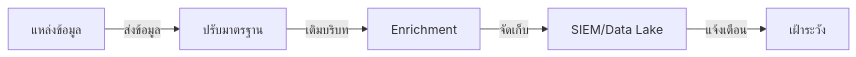
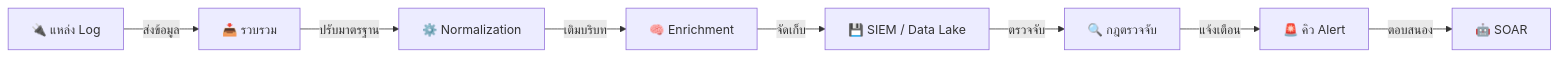
The diagram in 03_User_Guides/Integration_Hub.th.md (nutthakorn7/SOC-SOP), drawn with Mermaid before and after one commit. The commit also changed other lines of this file and 5 other files, not shown here.

````diff
--- a/03_User_Guides/Integration_Hub.th.md
+++ b/03_User_Guides/Integration_Hub.th.md
@@ -7,7 +9,10 @@
 ```mermaid
 graph LR
-    Source[แหล่งข้อมูล] -->|ส่งข้อมูล| Normal[ปรับมาตรฐาน]
-    Normal -->|เติมบริบท| Enrich[Enrichment]
-    Enrich -->|จัดเก็บ| Storage[SIEM/Data Lake]
-    Storage -->|แจ้งเตือน| Monitor[เฝ้าระวัง]
+    Source["🔌 แหล่ง Log"] -->|ส่งข้อมูล| Collect["📥 รวบรวม"]
+    Collect -->|ปรับมาตรฐาน| Normalize["⚙️ Normalization"]
+    Normalize -->|เติมบริบท| Enrich["🧠 Enrichment"]
+    Enrich -->|จัดเก็บ| SIEM["💾 SIEM / Data Lake"]
+    SIEM -->|ตรวจจับ| Rules["🔍 กฎตรวจจับ"]
+    Rules -->|แจ้งเตือน| Alert["🚨 คิว Alert"]
+    Alert -->|ตอบสนอง| SOAR["🤖 SOAR"]
 ```
````
